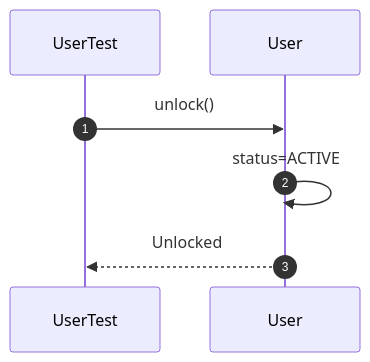
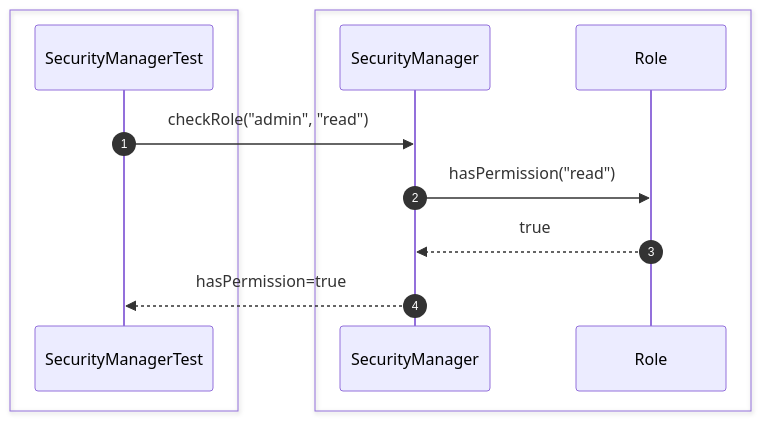
The eighth of 35 diagrams in src/sequence/security.md (Huy1801214/dbms-architecture), drawn with Mermaid before and after one commit. The commit also changed other lines of this file and 10 other files, not shown here.

Commit message:
add comprehensive sequence diagrams and documentation for system architecture and unit testing specifications

````diff
--- a/src/sequence/security.md
+++ b/src/sequence/security.md
@@ -136,12 +142,17 @@
-```mermaid 
+```mermaid
 sequenceDiagram
     autonumber
-    participant Test as UserTest
-    participant User
 
-    Test->>User: unlock()
+    box #e1f5fe Test Suite
+    participant Test as SecurityManagerTest
+    end
+    box #e3f2fd Security Components
+    participant Security as SecurityManager
+    participant Role as Role
+    end
 
-    User->>User: status=ACTIVE
-
-    User-->>Test: Unlocked
+    Test->>Security: checkRole("admin", "read")
+    Security->>Role: hasPermission("read")
+    Role-->>Security: true
+    Security-->>Test: hasPermission=true
 ```
````
